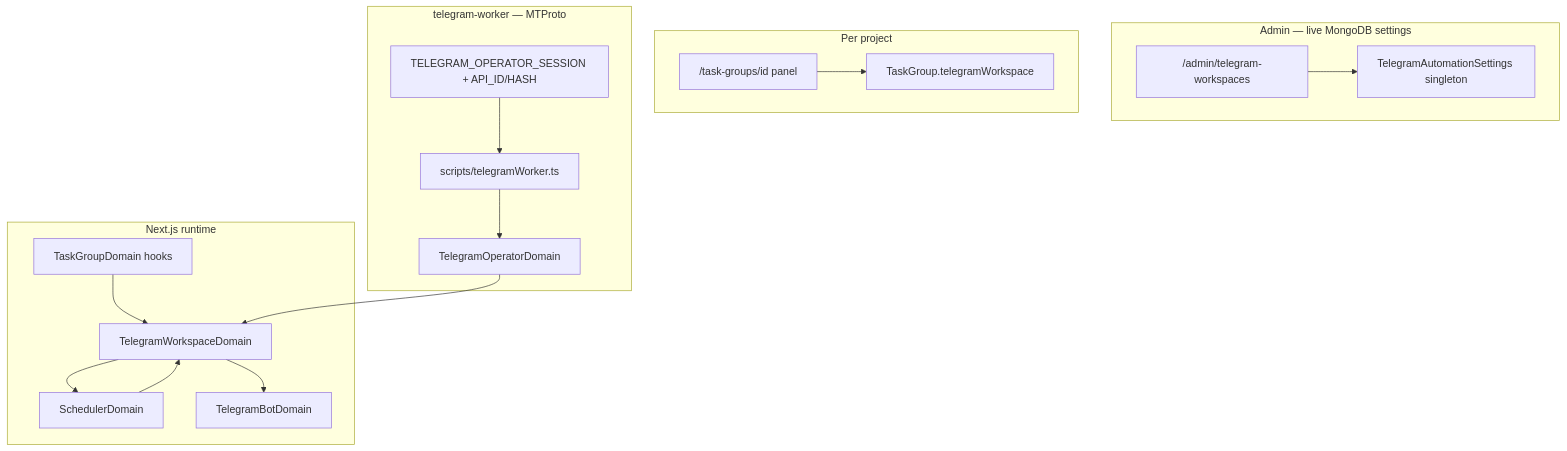
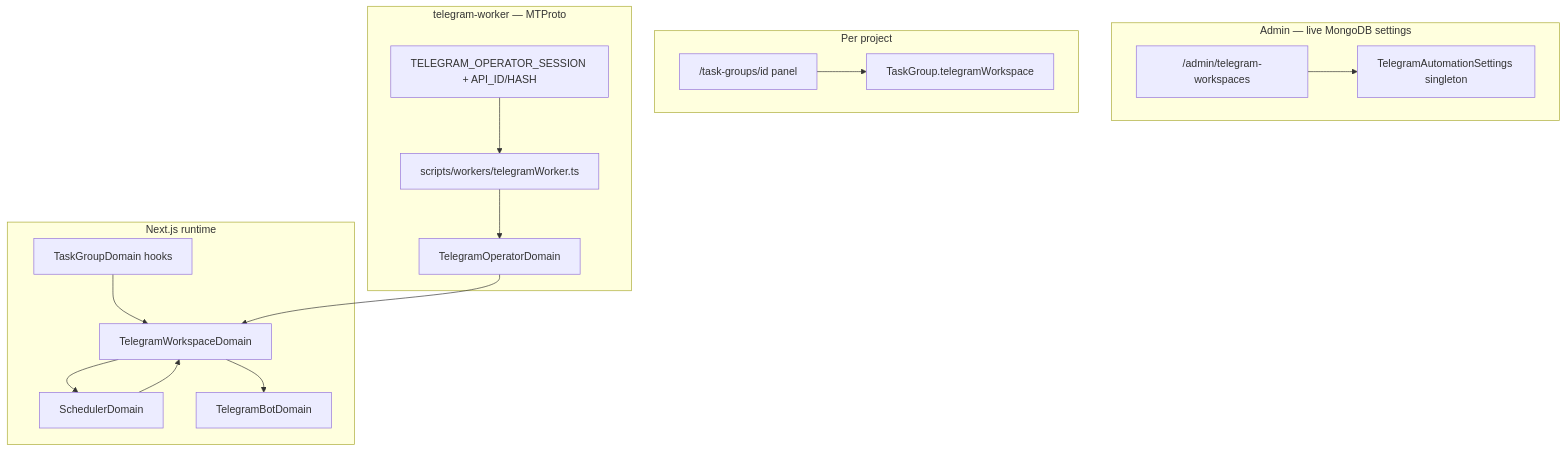
Before and after one commit to Loggy-4ya/system-for-local-organization: the diagram in .ai/docs/features/telegram_project_workspaces.md, drawn with Mermaid. The commit also changed other lines of this file and 119 other files, not shown here.

````diff
--- a/.ai/docs/features/telegram_project_workspaces.md
+++ b/.ai/docs/features/telegram_project_workspaces.md
@@ -29,35 +29,35 @@
 ```mermaid
 flowchart TB
   subgraph admin [Admin — live MongoDB settings]
     TAS[TelegramAutomationSettings singleton]
     AdminUI["/admin/telegram-workspaces"]
   end
 
   subgraph project [Per project]
     TG[TaskGroup.telegramWorkspace]
     DetailUI["/task-groups/id panel"]
   end
 
   subgraph web [Next.js runtime]
     TGD[TaskGroupDomain hooks]
     TWD[TelegramWorkspaceDomain]
     SCH[SchedulerDomain]
     BOT[TelegramBotDomain]
   end
 
   subgraph worker [telegram-worker — MTProto]
-    TW[scripts/telegramWorker.ts]
+    TW[scripts/workers/telegramWorker.ts]
     OP[TelegramOperatorDomain]
     ENV[TELEGRAM_OPERATOR_SESSION + API_ID/HASH]
   end
 
   AdminUI --> TAS
   DetailUI --> TG
   TGD --> TWD
   TWD --> SCH
   TWD --> BOT
   SCH --> TWD
   ENV --> TW
   TW --> OP
   OP --> TWD
 ```
````
